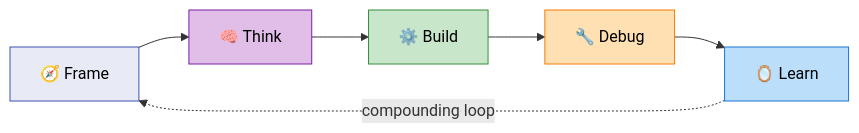
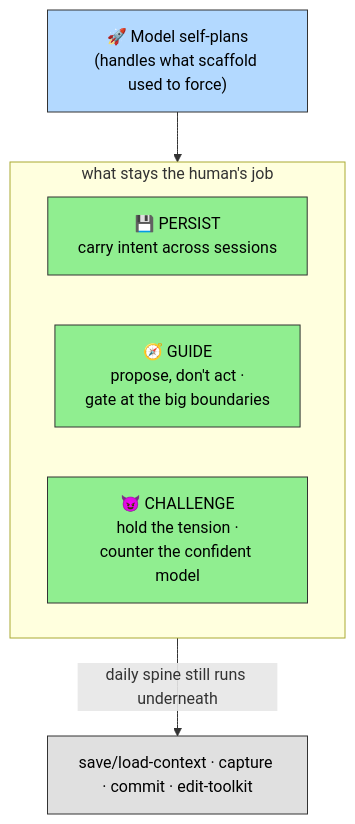
The diagram in README.md (digital-stoic-org/agent-skills), drawn with Mermaid before and after one commit. The commit also changed other lines of this file and 2 other files, not shown here.

````diff
--- a/README.md
+++ b/README.md
@@ -27,20 +41,17 @@
 ```mermaid
-flowchart LR
-    F["🧭 Frame"] --> T["🧠 Think"]
-    T --> B["⚙️ Build"]
-    B --> D["🔧 Debug"]
-    D --> L["🪞 Learn"]
-    L -.->|"compounding loop"| F
-
-    classDef frame fill:#E8EAF6,stroke:#3F51B5,color:#000
-    classDef think fill:#E1BEE7,stroke:#7B1FA2,color:#000
-    classDef build fill:#C8E6C9,stroke:#388E3C,color:#000
-    classDef debug fill:#FFE0B2,stroke:#F57C00,color:#000
-    classDef learn fill:#BBDEFB,stroke:#1976D2,color:#000
-
-    class F frame
-    class T think
-    class B build
-    class D debug
-    class L learn
+flowchart TD
+  M["🚀 Model self-plans<br/>(handles what scaffold used to force)"]
+  subgraph CORE["what stays the human's job"]
+    P1["💾 PERSIST<br/>carry intent across sessions"]
+    P2["🧭 GUIDE<br/>propose, don't act ·<br/>gate at the big boundaries"]
+    P3["😈 CHALLENGE<br/>hold the tension ·<br/>counter the confident model"]
+  end
+  M --> CORE
+  CORE -->|"daily spine still runs underneath"| S["save/load-context · capture · commit · edit-toolkit"]
+  classDef mod fill:#B3D9FF,stroke:#333,color:#000
+  classDef pillar fill:#90EE90,stroke:#333,color:#000
+  classDef spine fill:#E0E0E0,stroke:#333,color:#000
+  class M mod
+  class P1,P2,P3 pillar
+  class S spine
 ```
````
